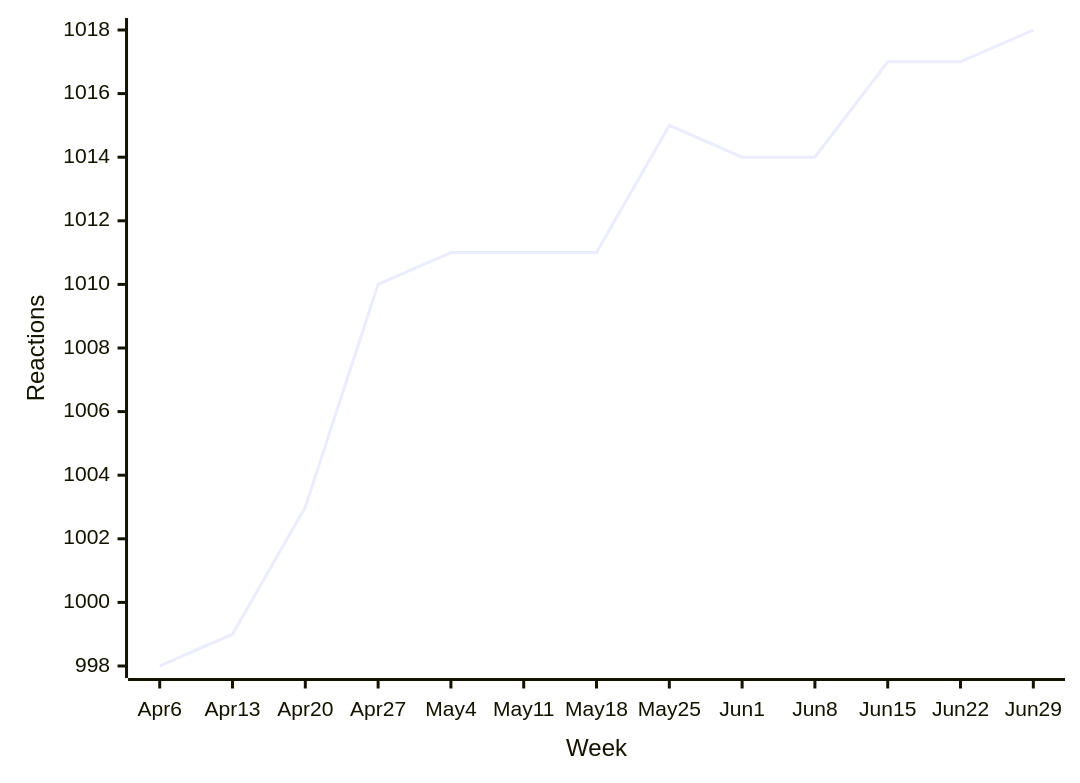
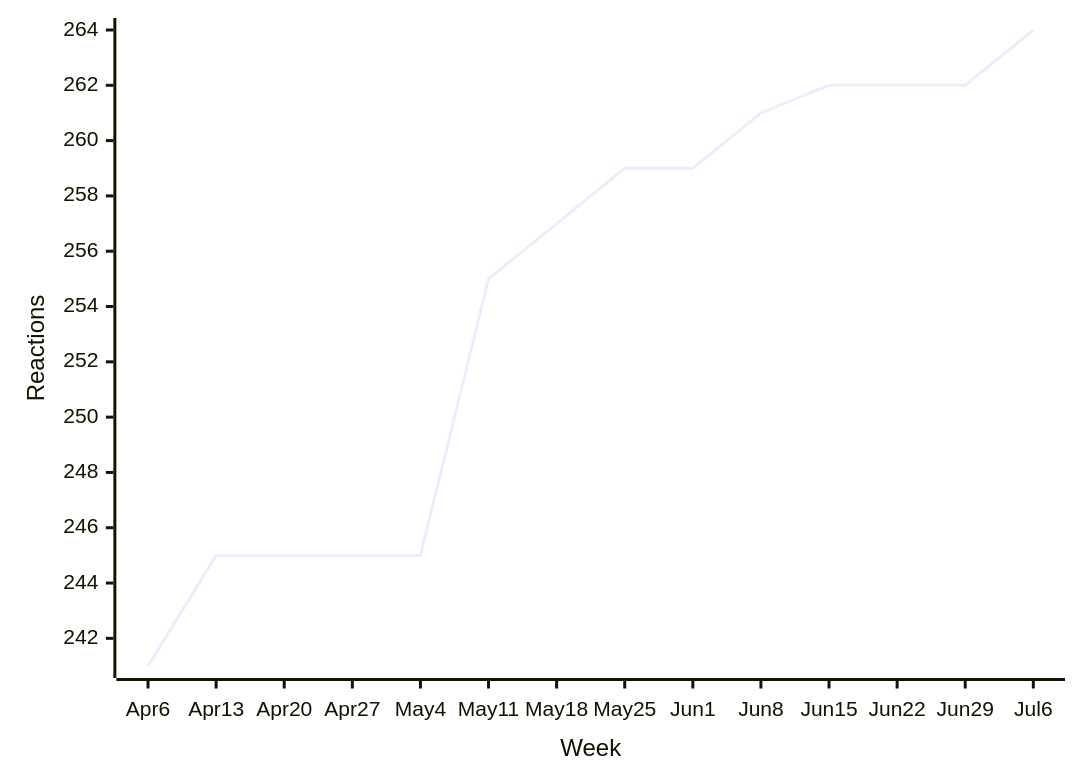
Before and after one commit to loic-sharma/github-insights: the sixth of 48 diagrams in README.md, drawn with Mermaid. The commit also changed other lines of this file and 3 other files, not shown here.

````diff
--- a/README.md
+++ b/README.md
@@ -424,6 +424,6 @@
   ```mermaid
   xychart-beta
-    x-axis "Week" [Apr 6, Apr 13, Apr 20, Apr 27, May 4, May 11, May 18, May 25, Jun 1, Jun 8, Jun 15, Jun 22, Jun 29]
+    x-axis "Week" [Apr 6, Apr 13, Apr 20, Apr 27, May 4, May 11, May 18, May 25, Jun 1, Jun 8, Jun 15, Jun 22, Jun 29, Jul 6]
     y-axis "Reactions"
-    line [998, 999, 1003, 1010, 1011, 1011, 1011, 1015, 1014, 1014, 1017, 1017, 1018]
+    line [241, 245, 245, 245, 245, 255, 257, 259, 259, 261, 262, 262, 262, 264]
   ```
````
